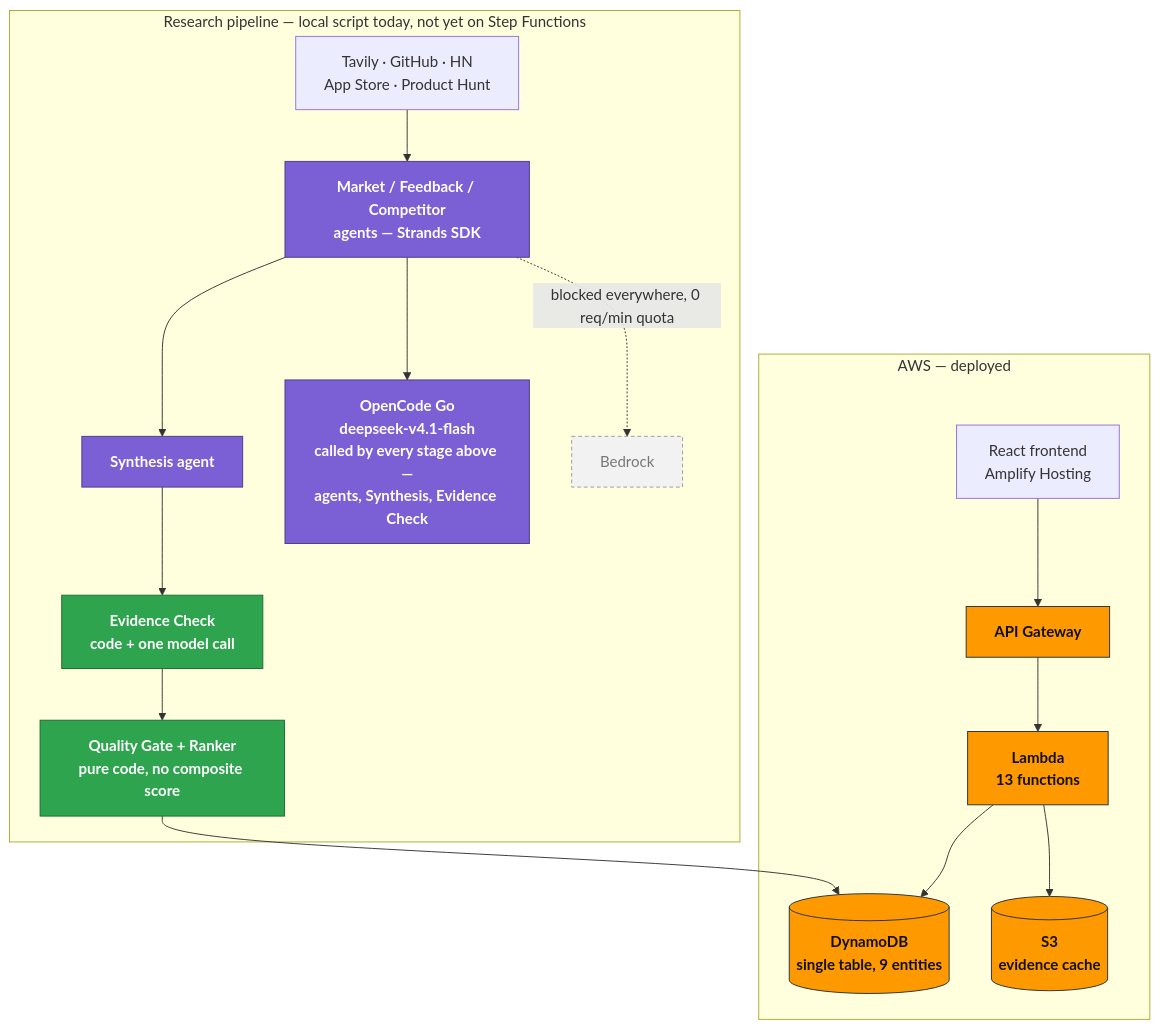
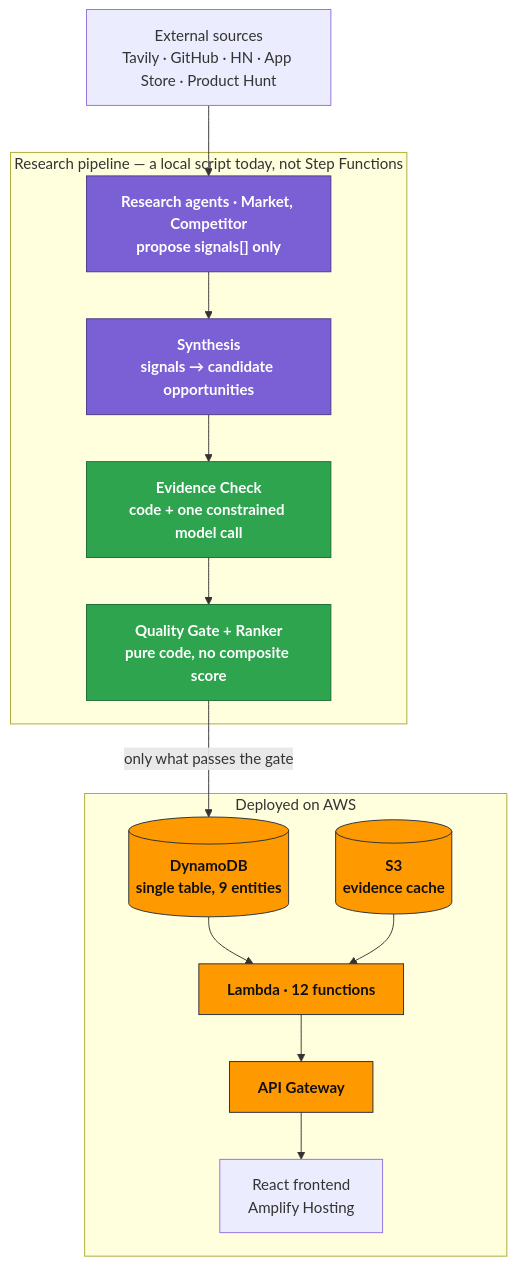
One commit to Niranjan-cyber/BusyFox changed the diagram in README.md. Above: the diagram before and after it, drawn with Mermaid. The commit also changed other lines of this file and 2 other files, not shown here.

````diff
--- a/README.md
+++ b/README.md
@@ -41,30 +43,33 @@
 ```mermaid
-%%{init: {'flowchart': {'nodeSpacing': 45, 'rankSpacing': 55}}}%%
 flowchart TD
-    subgraph AWSDeployed["AWS — deployed"]
-        FE["React frontend\nAmplify Hosting"] --> GW["API Gateway"]
-        GW --> LAM["Lambda\n13 functions"]
-        LAM --> DDB[("DynamoDB\nsingle table, 9 entities")]
-        LAM --> S3[("S3\nevidence cache")]
+    EXT["External sources<br>Tavily · GitHub · HN · App Store · Product Hunt"]
+
+    subgraph PIPE["Research pipeline — a local script today, not Step Functions"]
+        AG["Research agents · Market, Competitor<br>propose signals[] only"]
+        SYN["Synthesis<br>signals → candidate opportunities"]
+        EC["Evidence Check<br>code + one constrained model call"]
+        QG["Quality Gate + Ranker<br>pure code, no composite score"]
+        AG --> SYN --> EC --> QG
     end
 
-    subgraph Pipeline["Research pipeline — local script today, not yet on Step Functions"]
-        EXT["Tavily · GitHub · HN\nApp Store · Product Hunt"] --> AG["Market / Feedback / Competitor\nagents — Strands SDK"]
-        AG --> SYN["Synthesis agent"]
-        SYN --> EC["Evidence Check\ncode + one model call"]
-        EC --> QG["Quality Gate + Ranker\npure code, no composite score"]
-        AG --> OCG["OpenCode Go\ndeepseek-v4.1-flash\ncalled by every stage above —\nagents, Synthesis, Evidence Check"]
-        AG -.blocked everywhere, 0 req/min quota.-> BR["Bedrock"]
+    subgraph AWS["Deployed on AWS"]
+        DDB[("DynamoDB<br>single table, 9 entities")]
+        S3[("S3<br>evidence cache")]
+        LAM["Lambda · 12 functions"]
+        GW["API Gateway"]
+        FE["React frontend<br>Amplify Hosting"]
+        DDB --> LAM
+        S3 --> LAM
+        LAM --> GW --> FE
     end
 
-    QG --> DDB
+    EXT --> AG
+    QG -->|"only what passes the gate"| DDB
 
     classDef aws fill:#FF9900,stroke:#232F3E,color:#111,font-weight:bold;
     classDef verify fill:#2ea44f,stroke:#1a6b34,color:#fff,font-weight:bold;
     classDef model fill:#7b5fd4,stroke:#4b3a86,color:#fff,font-weight:bold;
-    classDef blocked fill:#f2f2f2,stroke:#999,color:#777,stroke-dasharray: 4 3;
     class GW,LAM,DDB,S3 aws;
     class EC,QG verify;
-    class AG,SYN,OCG model;
-    class BR blocked;
+    class AG,SYN model;
 ```
````
